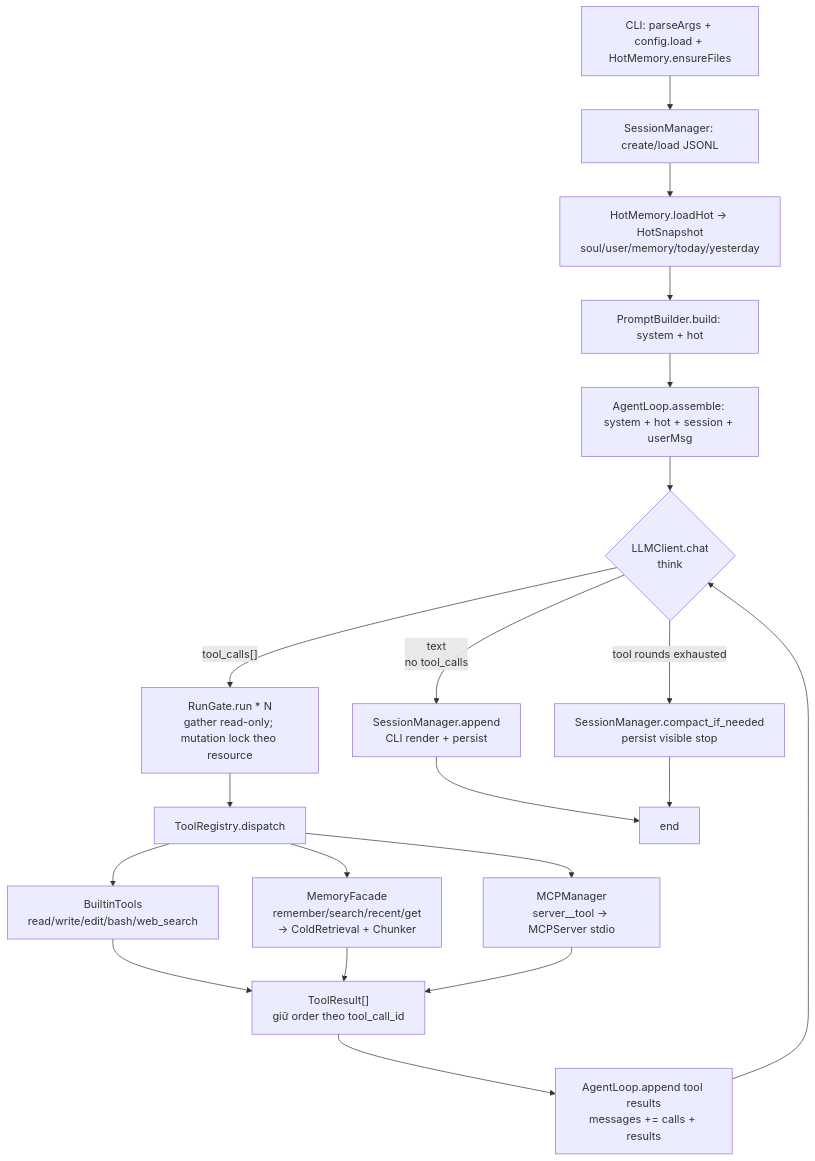
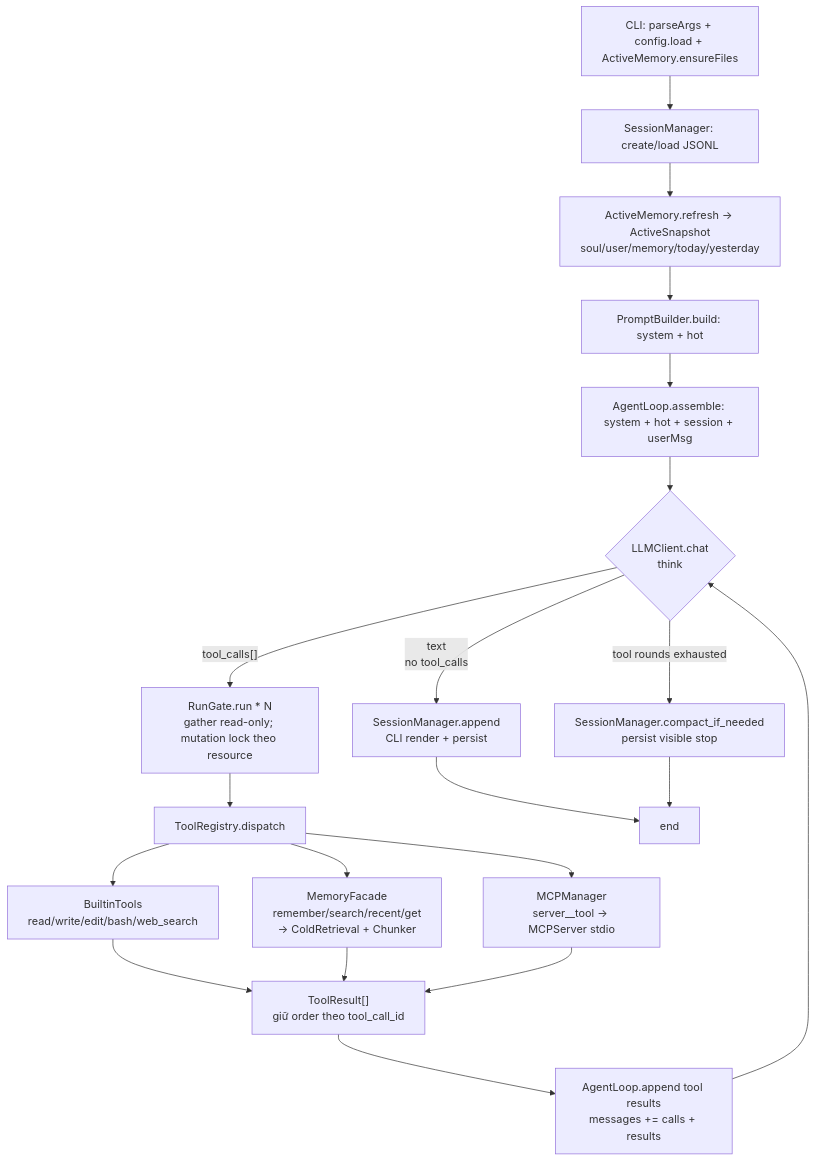
The diagram in .agents/plans/thyca-agent-architecture.md (Flowerf19/thyca-ai), drawn with Mermaid before and after one commit. The commit also changed other lines of this file and 10 other files, not shown here.

First line of the commit message:
feat(memory): add ActiveMemory prompt window

````diff
--- a/.agents/plans/thyca-agent-architecture.md
+++ b/.agents/plans/thyca-agent-architecture.md
@@ -55,20 +55,20 @@
 ```mermaid
 flowchart TD
-    A["CLI: parseArgs + config.load + HotMemory.ensureFiles"] --> B["SessionManager: create/load JSONL"]
-    B --> C["HotMemory.loadHot -> HotSnapshot<br/>soul/user/memory/today/yesterday"]
+    A["CLI: parseArgs + config.load + ActiveMemory.ensureFiles"] --> B["SessionManager: create/load JSONL"]
+    B --> C["ActiveMemory.refresh -> ActiveSnapshot<br/>soul/user/memory/today/yesterday"]
     C --> D["PromptBuilder.build: system + hot"]
     D --> E["AgentLoop.assemble: system + hot + session + userMsg"]
     E --> F{"LLMClient.chat<br/>think"}
     F -- "text<br/>no tool_calls" --> G["SessionManager.append<br/>CLI render + persist"]
     F -- "tool_calls[]" --> H["RunGate.run * N<br/>gather read-only; mutation lock theo resource"]
     H --> I["ToolRegistry.dispatch"]
     I --> J1["BuiltinTools<br/>read/write/edit/bash/web_search"]
     I --> J2["MemoryFacade<br/>remember/search/recent/get<br/>-> ColdRetrieval + Chunker"]
     I --> J3["MCPManager<br/>server__tool -> MCPServer stdio"]
     J1 & J2 & J3 --> K["ToolResult[]<br/>giữ order theo tool_call_id"]
     K --> L["AgentLoop.append tool results<br/>messages += calls + results"]
     L --> F
     F -- "tool rounds exhausted" --> M["SessionManager.compact_if_needed<br/>persist visible stop"]
     G --> N["end"]
     M --> N
 ```
````
